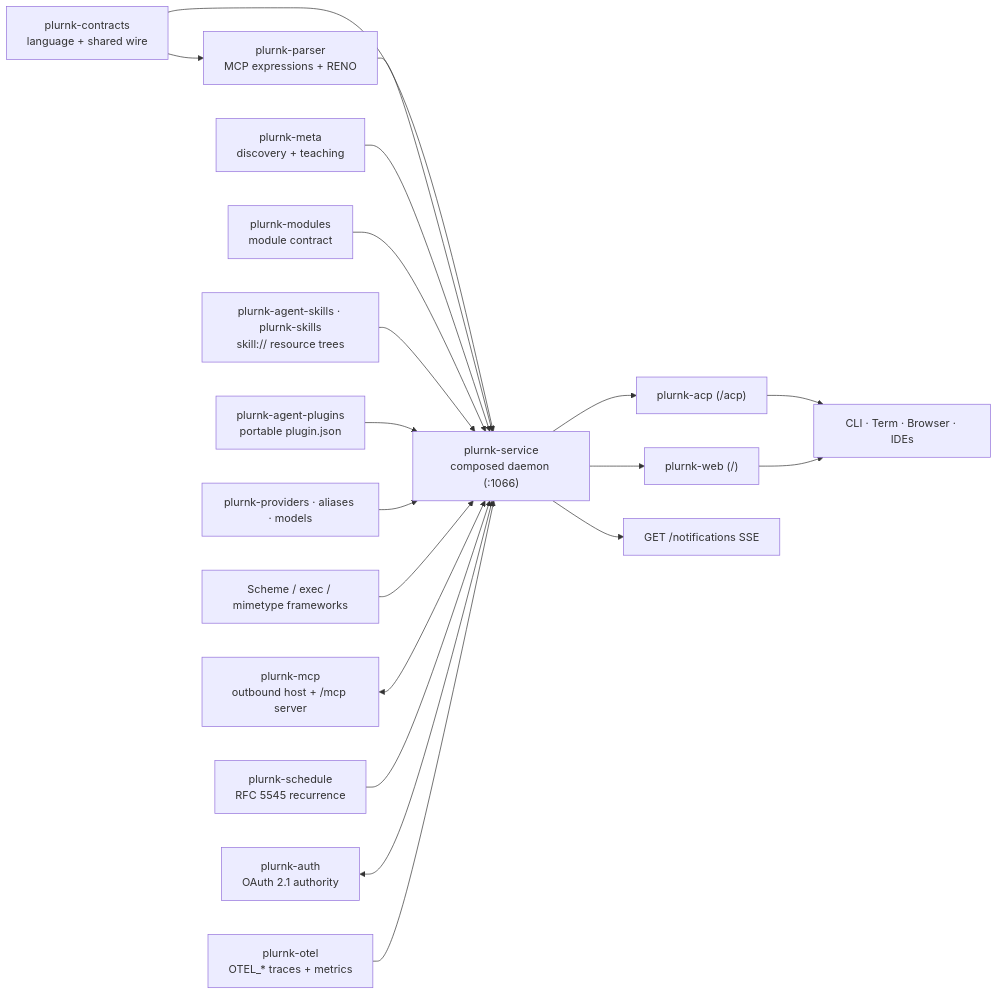
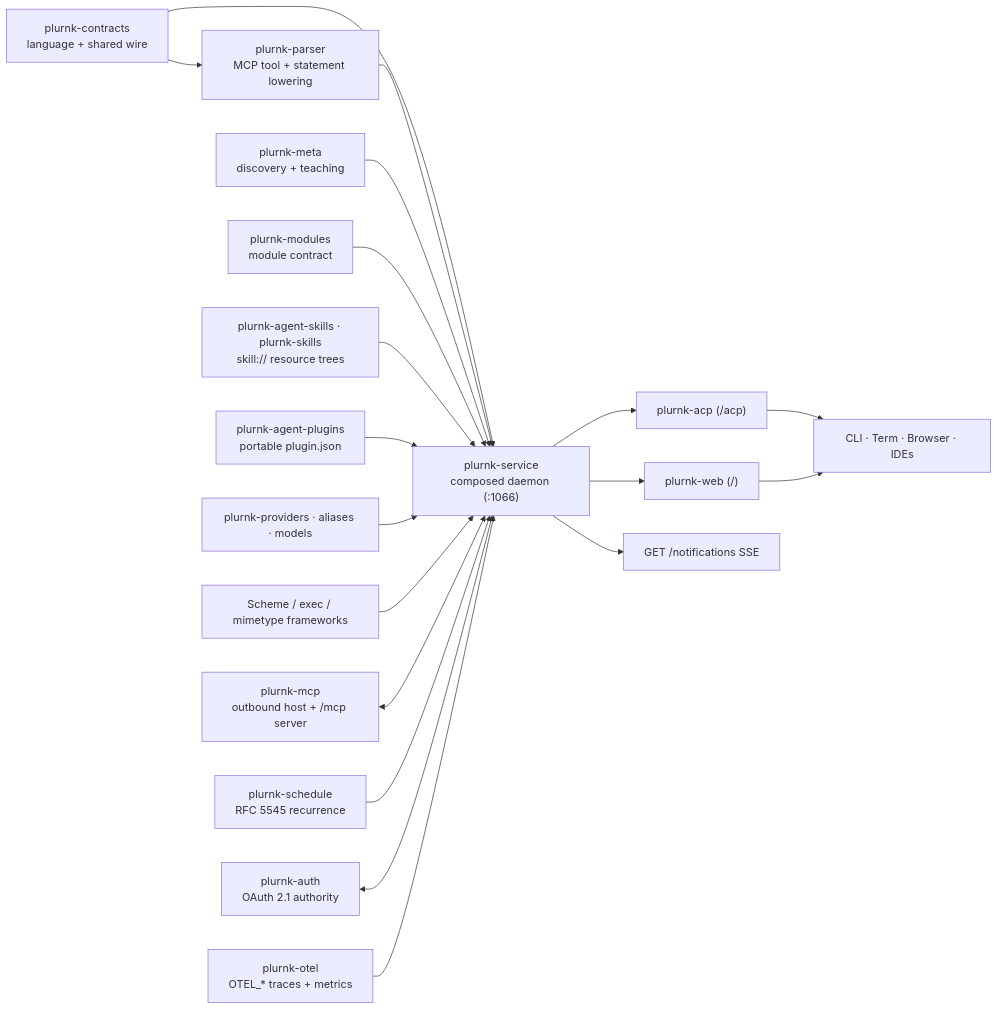
The second of 5 diagrams in ARCHITECTURE.md (plurnk/plurnk-service), drawn with Mermaid before and after one commit. The commit also changed other lines of this file and 161 other files, not shown here.

Commit message:
feat!: pivot model surface from RENO plain-text expressions to universal mcp wire tool (#1479)

````diff
--- a/ARCHITECTURE.md
+++ b/ARCHITECTURE.md
@@ -64,20 +64,20 @@
 ```mermaid
 flowchart LR
-    contracts["plurnk-contracts<br/>language + shared wire"] --> parser["plurnk-parser<br/>MCP expressions + RENO"] & core
+    contracts["plurnk-contracts<br/>language + shared wire"] --> parser["plurnk-parser<br/>MCP tool + statement lowering"] & core
     parser --> core
     meta["plurnk-meta<br/>discovery + teaching"] --> core
     modules["plurnk-modules<br/>module contract"] --> core
     skills["plurnk-agent-skills · plurnk-skills<br/>skill:// resource trees"] --> core
     plugins["plurnk-agent-plugins<br/>portable plugin.json"] --> core
     providers["plurnk-providers · aliases · models"] --> core
     frameworks["Scheme / exec / mimetype frameworks"] --> core
     mcp["plurnk-mcp<br/>outbound host + /mcp server"] <--> core
     schedule["plurnk-schedule<br/>RFC 5545 recurrence"] --> core
     auth["plurnk-auth<br/>OAuth 2.1 authority"] <--> core
     otel["plurnk-otel<br/>OTEL_* traces + metrics"] --> core
     core["plurnk-service<br/>composed daemon (:1066)"]
     core --> acp["plurnk-acp (/acp)"]
     core --> web["plurnk-web (/)"]
     core --> notifications["GET /notifications SSE"]
     acp & web --> clients["CLI · Term · Browser · IDEs"]
 ```
````
